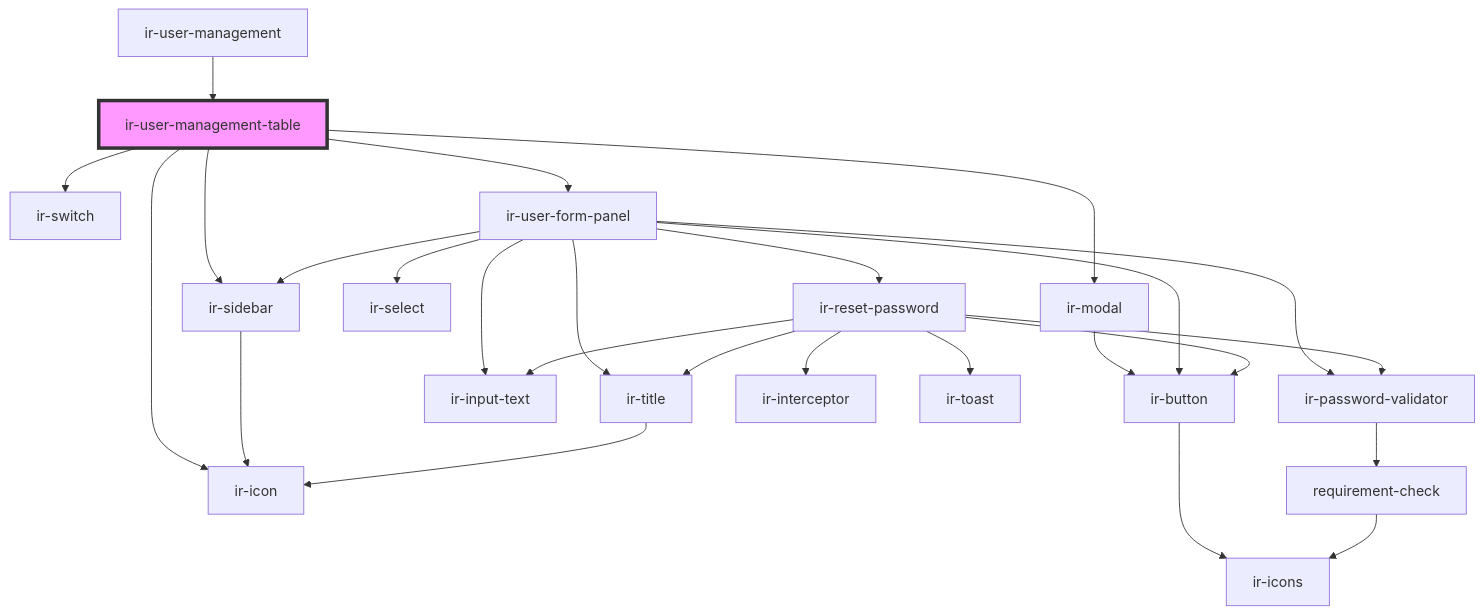
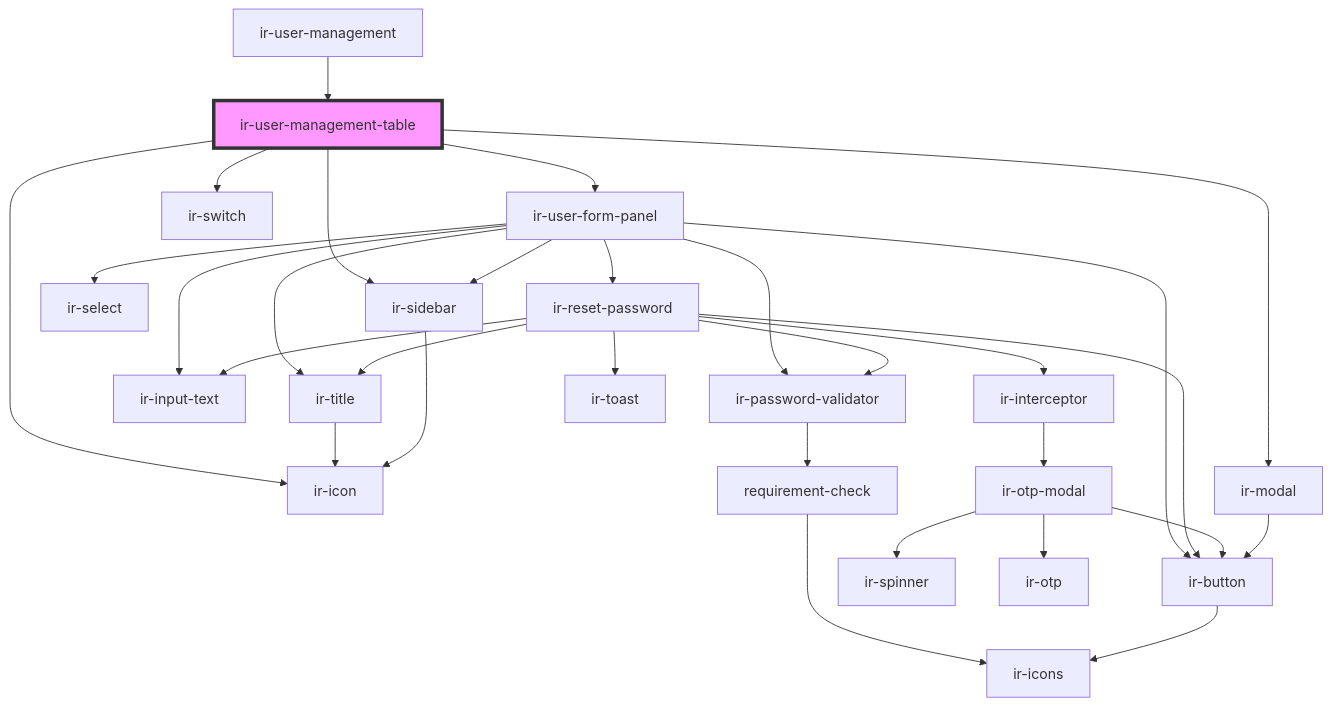
One commit to David1Chowaifaty/modified-ir-webcmp changed the diagram in src/components/ir-user-management/ir-user-management-table/readme.md. Above: the diagram before and after it, drawn with Mermaid. The commit also changed other lines of this file and 28 other files, not shown here.

````diff
--- a/src/components/ir-user-management/ir-user-management-table/readme.md
+++ b/src/components/ir-user-management/ir-user-management-table/readme.md
@@ -41,29 +46,33 @@
 ```mermaid
 graph TD;
+  ir-user-management-table --> ir-user-form-panel
   ir-user-management-table --> ir-icon
   ir-user-management-table --> ir-switch
   ir-user-management-table --> ir-sidebar
   ir-user-management-table --> ir-modal
-  ir-user-management-table --> ir-user-form-panel
-  ir-sidebar --> ir-icon
-  ir-modal --> ir-button
-  ir-button --> ir-icons
   ir-user-form-panel --> ir-title
   ir-user-form-panel --> ir-input-text
   ir-user-form-panel --> ir-select
   ir-user-form-panel --> ir-password-validator
   ir-user-form-panel --> ir-button
   ir-user-form-panel --> ir-sidebar
   ir-user-form-panel --> ir-reset-password
   ir-title --> ir-icon
   ir-password-validator --> requirement-check
   requirement-check --> ir-icons
+  ir-button --> ir-icons
+  ir-sidebar --> ir-icon
   ir-reset-password --> ir-interceptor
   ir-reset-password --> ir-toast
   ir-reset-password --> ir-title
   ir-reset-password --> ir-input-text
   ir-reset-password --> ir-password-validator
   ir-reset-password --> ir-button
+  ir-interceptor --> ir-otp-modal
+  ir-otp-modal --> ir-spinner
+  ir-otp-modal --> ir-otp
+  ir-otp-modal --> ir-button
+  ir-modal --> ir-button
   ir-user-management --> ir-user-management-table
   style ir-user-management-table fill:#f9f,stroke:#333,stroke-width:4px
 ```
````
